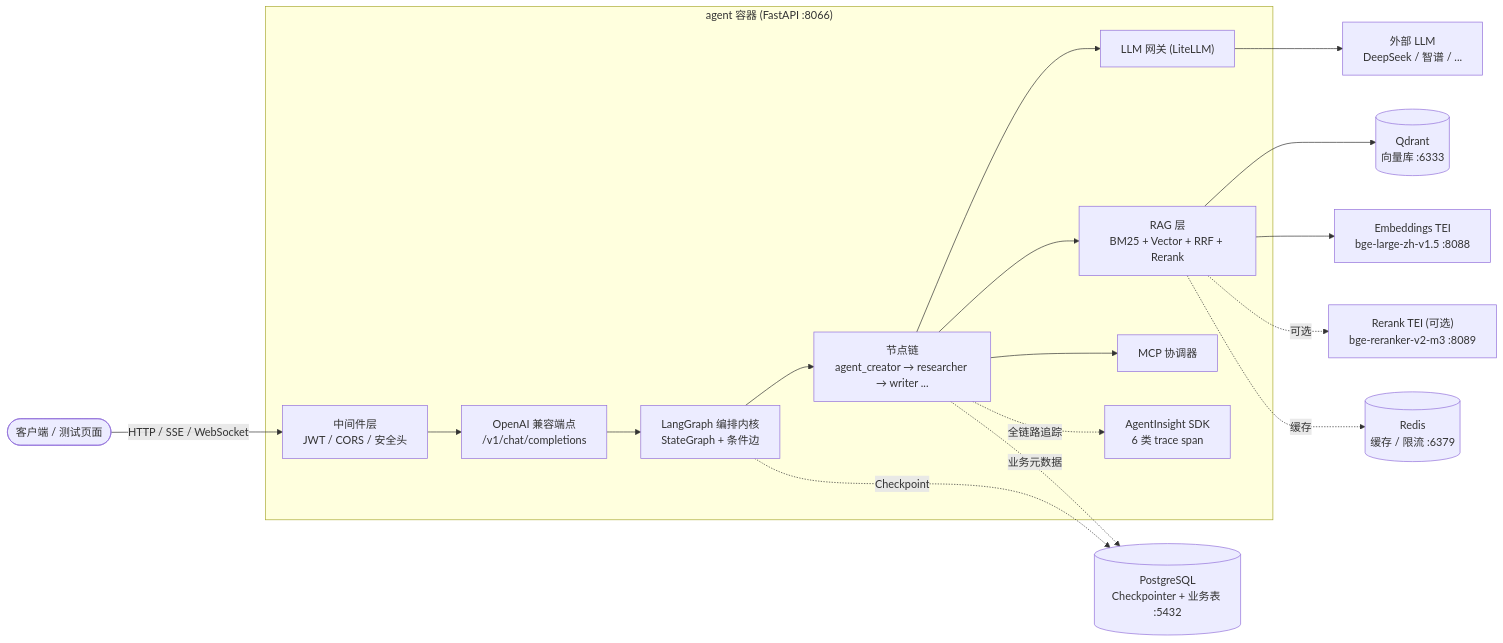
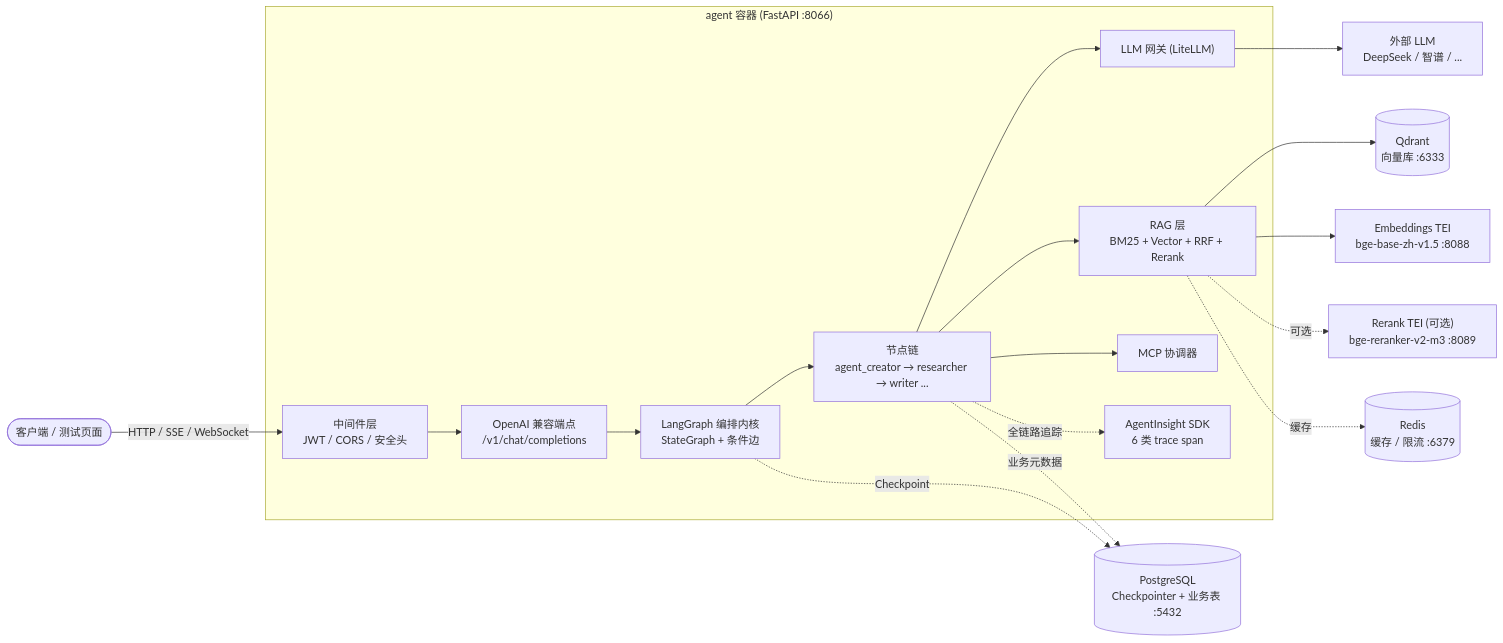
Before and after one commit to AgentInsight/agentinsight-researcher: the first of 8 diagrams in docs/architecture.md, drawn with Mermaid. The commit also changed other lines of this file and 55 other files, not shown here.

````diff
--- a/docs/architecture.md
+++ b/docs/architecture.md
@@ -15,34 +15,34 @@
 ```mermaid
 flowchart LR
     Client([客户端 / 测试页面])
 
     subgraph Agent["agent 容器 (FastAPI :8066)"]
         MW["中间件层<br/>JWT / CORS / 安全头"]
         API["OpenAI 兼容端点<br/>/v1/chat/completions"]
         LG["LangGraph 编排内核<br/>StateGraph + 条件边"]
         Nodes["节点链<br/>agent_creator → researcher → writer ..."]
         LLMG["LLM 网关 (LiteLLM)"]
         RAGL["RAG 层<br/>BM25 + Vector + RRF + Rerank"]
         MCPC["MCP 协调器"]
         TRACE["AgentInsight SDK<br/>6 类 trace span"]
     end
 
     Qdrant[("Qdrant<br/>向量库 :6333")]
     PG[("PostgreSQL<br/>Checkpointer + 业务表 :5432")]
     Redis[("Redis<br/>缓存 / 限流 :6379")]
-    EMB["Embeddings TEI<br/>bge-large-zh-v1.5 :8088"]
+    EMB["Embeddings TEI<br/>bge-base-zh-v1.5 :8088"]
     RER["Rerank TEI (可选)<br/>bge-reranker-v2-m3 :8089"]
     LLMEXT["外部 LLM<br/>DeepSeek / 智谱 / ..."]
 
     Client -->|HTTP / SSE / WebSocket| MW
     MW --> API --> LG --> Nodes
     Nodes --> LLMG --> LLMEXT
     Nodes --> RAGL --> Qdrant
     RAGL --> EMB
     RAGL -. 可选 .-> RER
     Nodes --> MCPC
     LG -. Checkpoint .-> PG
     Nodes -. 业务元数据 .-> PG
     RAGL -. 缓存 .-> Redis
     Nodes -. 全链路追踪 .-> TRACE
 ```
````
